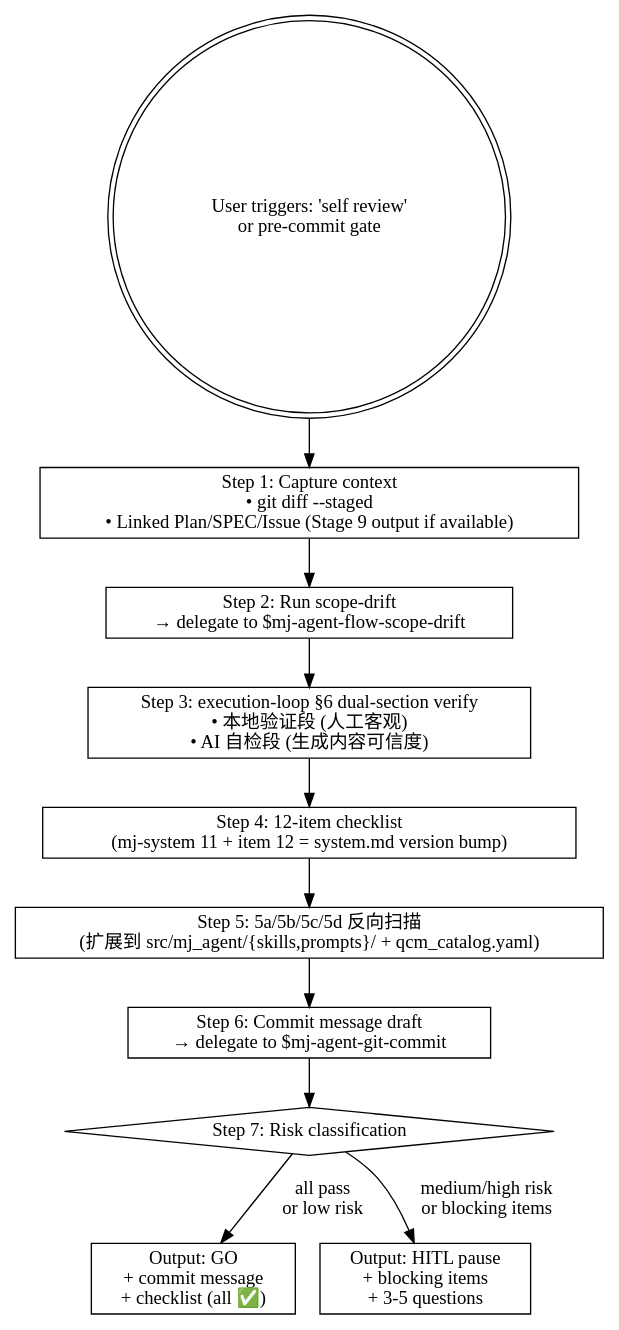
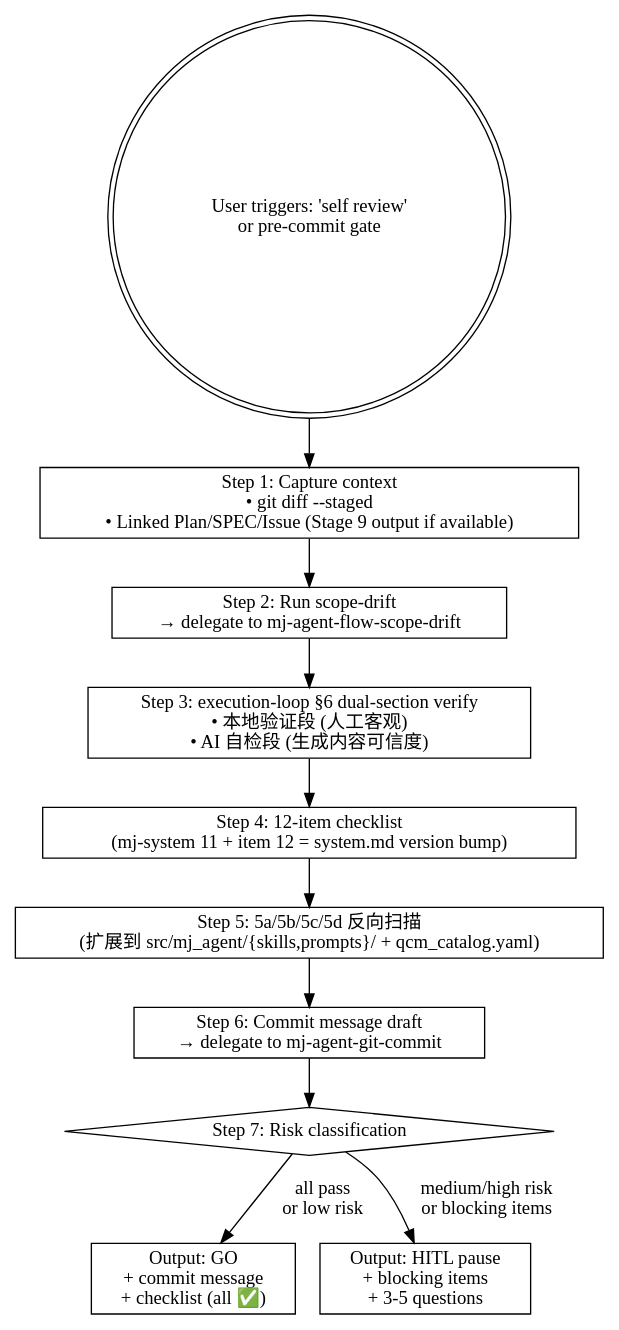
The diagram in .agents/skills/mj-agent-flow-self-review/SKILL.md (MJ-AgentLab/mj-agent), drawn with Graphviz before and after one commit. The commit also changed other lines of this file and 254 other files, not shown here.

````diff
--- a/.agents/skills/mj-agent-flow-self-review/SKILL.md
+++ b/.agents/skills/mj-agent-flow-self-review/SKILL.md
@@ -44,21 +27,21 @@
 ```dot
 digraph self_review {
   rankdir=TB;
   start [label="User triggers: 'self review'\nor pre-commit gate" shape=doublecircle];
 
   s1 [label="Step 1: Capture context\n• git diff --staged\n• Linked Plan/SPEC/Issue (Stage 9 output if available)" shape=box];
-  s2 [label="Step 2: Run scope-drift\n→ delegate to $mj-agent-flow-scope-drift" shape=box];
+  s2 [label="Step 2: Run scope-drift\n→ delegate to mj-agent-flow-scope-drift" shape=box];
   s3 [label="Step 3: execution-loop §6 dual-section verify\n• 本地验证段 (人工客观)\n• AI 自检段 (生成内容可信度)" shape=box];
   s4 [label="Step 4: 12-item checklist\n(mj-system 11 + item 12 = system.md version bump)" shape=box];
   s5 [label="Step 5: 5a/5b/5c/5d 反向扫描\n(扩展到 src/mj_agent/{skills,prompts}/ + qcm_catalog.yaml)" shape=box];
-  s6 [label="Step 6: Commit message draft\n→ delegate to $mj-agent-git-commit" shape=box];
+  s6 [label="Step 6: Commit message draft\n→ delegate to mj-agent-git-commit" shape=box];
   s7 [label="Step 7: Risk classification" shape=diamond];
 
   go [label="Output: GO\n+ commit message\n+ checklist (all ✅)" shape=box];
   hitl [label="Output: HITL pause\n+ blocking items\n+ 3-5 questions" shape=box];
 
   start -> s1 -> s2 -> s3 -> s4 -> s5 -> s6 -> s7;
   s7 -> go [label="all pass\nor low risk"];
   s7 -> hitl [label="medium/high risk\nor blocking items"];
 }
 ```
````
